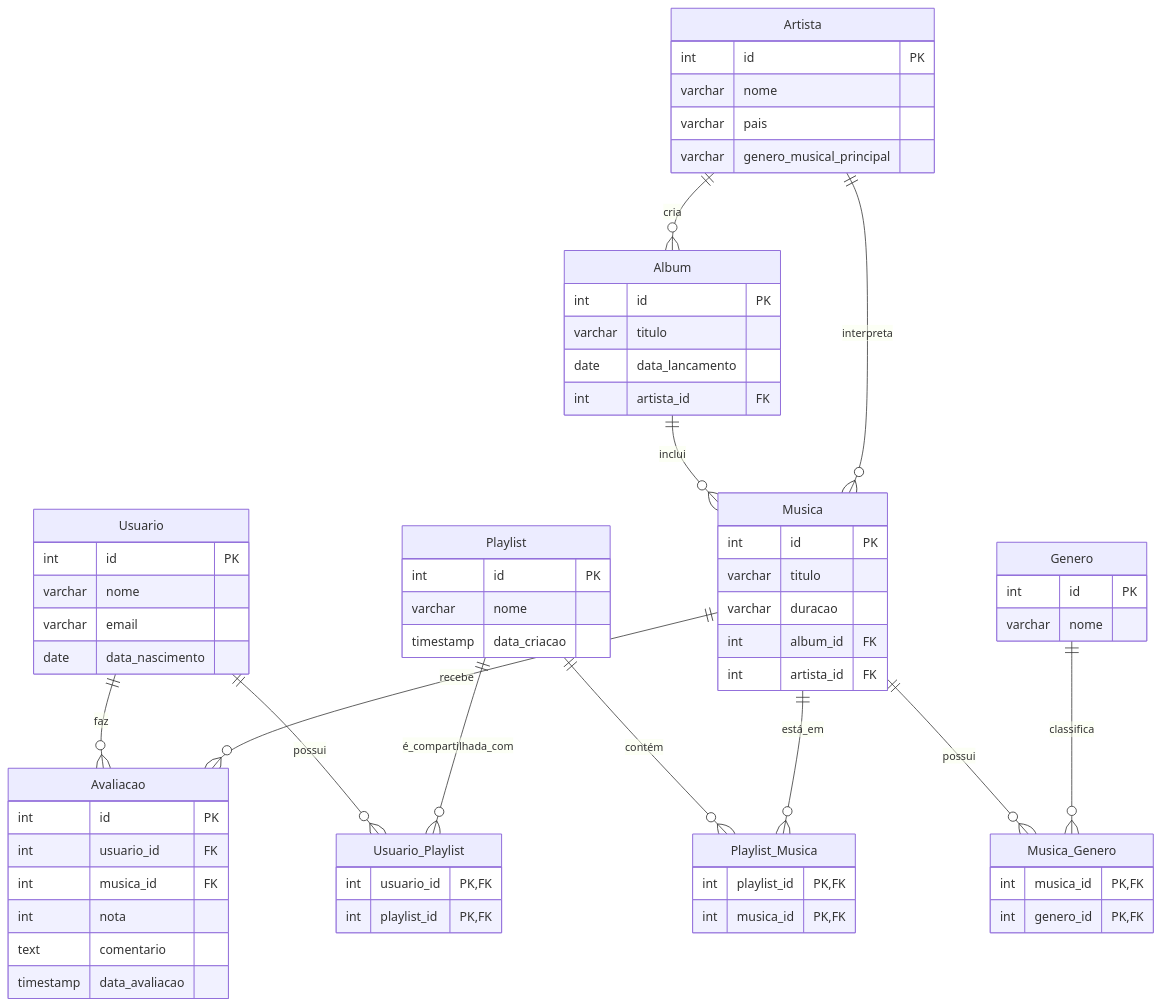
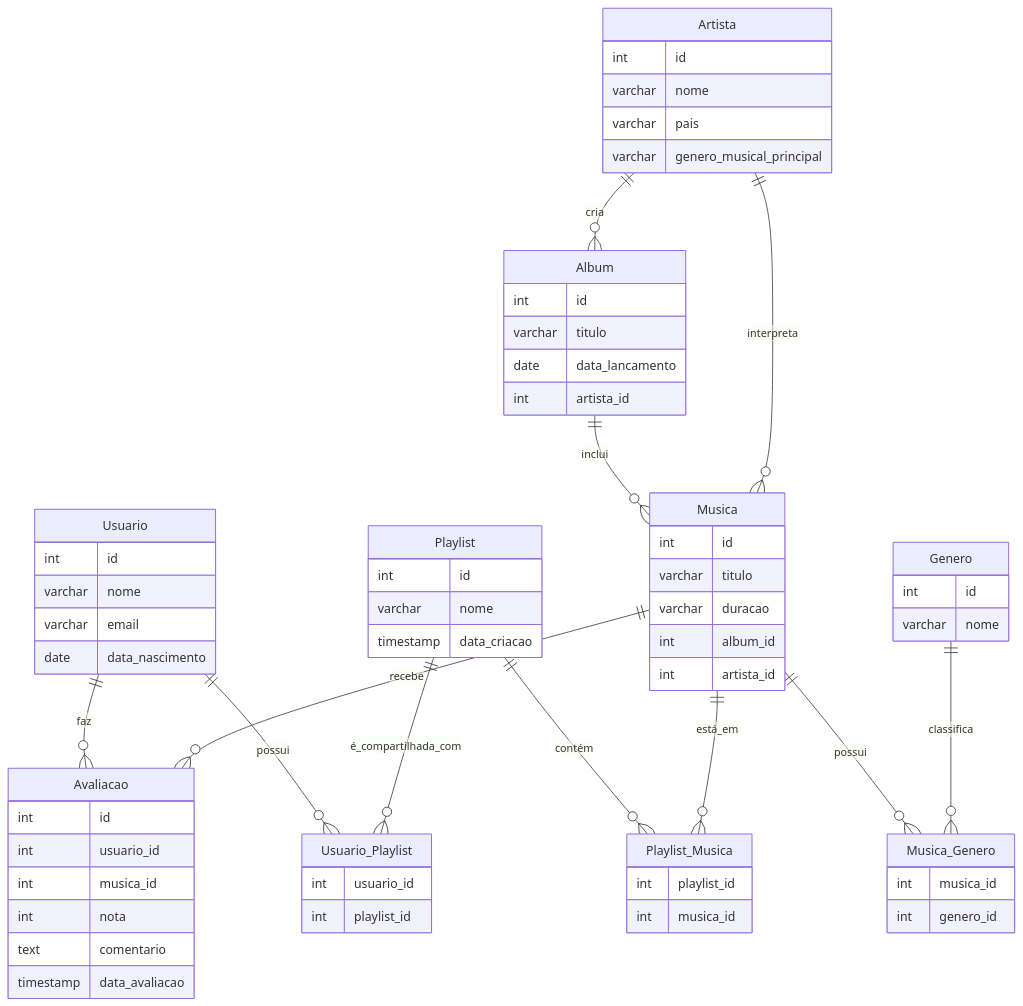
The diagram in README.md (gabriellovato7/ProjetoBancoDados2), drawn with Mermaid before and after one commit. The commit also changed other lines of this file, not shown here.

````diff
--- a/README.md
+++ b/README.md
@@ -41,80 +42,80 @@
 ```mermaid
 erDiagram
 
     Usuario ||--o{ Usuario_Playlist : possui
     Playlist ||--o{ Usuario_Playlist : é_compartilhada_com
     Playlist ||--o{ Playlist_Musica : contém
     Musica ||--o{ Playlist_Musica : está_em
     Musica ||--o{ Musica_Genero : possui
     Genero ||--o{ Musica_Genero : classifica
     Usuario ||--o{ Avaliacao : faz
     Musica ||--o{ Avaliacao : recebe
     Artista ||--o{ Album : cria
     Album ||--o{ Musica : inclui
     Artista ||--o{ Musica : interpreta
 
     Usuario {
-        int id PK
+        int id 
         varchar nome
         varchar email
         date data_nascimento
     }
 
     Artista {
-        int id PK
+        int id 
         varchar nome
         varchar pais
         varchar genero_musical_principal
     }
 
     Genero {
-        int id PK
+        int id 
         varchar nome
     }
 
     Album {
-        int id PK
+        int id 
         varchar titulo
         date data_lancamento
-        int artista_id FK
+        int artista_id 
     }
 
     Musica {
-        int id PK
+        int id 
         varchar titulo
         varchar duracao
-        int album_id FK
-        int artista_id FK
+        int album_id 
+        int artista_id 
     }
 
     Musica_Genero {
-        int musica_id PK, FK
-        int genero_id PK, FK
+        int musica_id 
+        int genero_id 
     }
 
     Playlist {
-        int id PK
+        int id 
         varchar nome
         timestamp data_criacao
     }
 
     Usuario_Playlist {
-        int usuario_id PK, FK
-        int playlist_id PK, FK
+        int usuario_id
+        int playlist_id 
     }
 
     Playlist_Musica {
-        int playlist_id PK, FK
-        int musica_id PK, FK
+        int playlist_id 
+        int musica_id 
     }
 
     Avaliacao {
-        int id PK
-        int usuario_id FK
-        int musica_id FK
+        int id 
+        int usuario_id 
+        int musica_id 
         int nota
         text comentario
         timestamp data_avaliacao
     }
 
 ```
````
